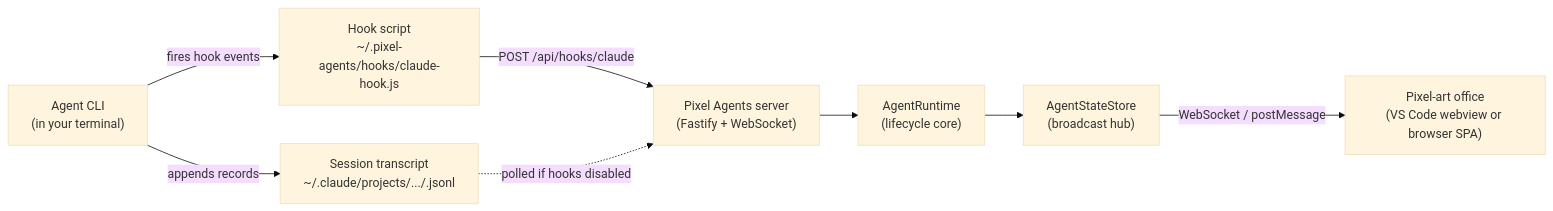
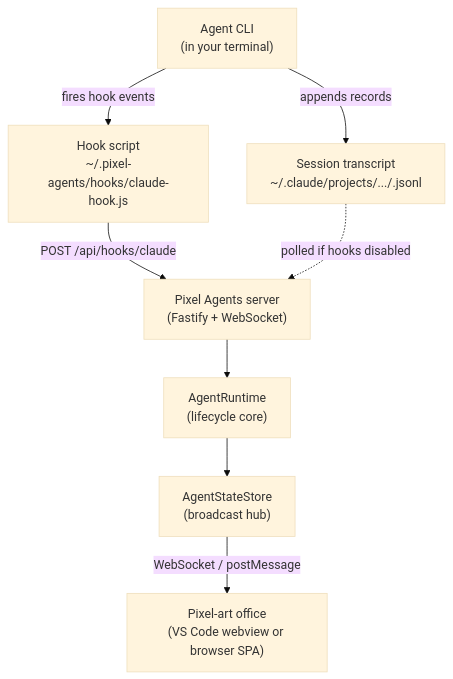
One commit to florintimbuc/docs changed the diagram in docs/learn/how-it-works.md. Above: the diagram before and after it, drawn with Mermaid (base theme). The commit also changed 3 other files, not shown here.

First line of the commit message:
docs: mermaid zoom modal and vertical how-it-works diagram

````diff
--- a/docs/learn/how-it-works.md
+++ b/docs/learn/how-it-works.md
@@ -9,18 +9,18 @@
 ```mermaid
-flowchart LR
+flowchart TD
   Agent["Agent CLI<br/>(in your terminal)"]
   Hook["Hook script<br/>~/.pixel-agents/hooks/claude-hook.js"]
   JSONL["Session transcript<br/>~/.claude/projects/.../<session>.jsonl"]
   Server["Pixel Agents server<br/>(Fastify + WebSocket)"]
   Runtime["AgentRuntime<br/>(lifecycle core)"]
   Store["AgentStateStore<br/>(broadcast hub)"]
   UI["Pixel-art office<br/>(VS Code webview or browser SPA)"]
 
   Agent -->|fires hook events| Hook
   Agent -->|appends records| JSONL
   Hook -->|POST /api/hooks/claude| Server
   JSONL -.->|polled if hooks disabled| Server
   Server --> Runtime
   Runtime --> Store
   Store -->|WebSocket / postMessage| UI
 ```
````
